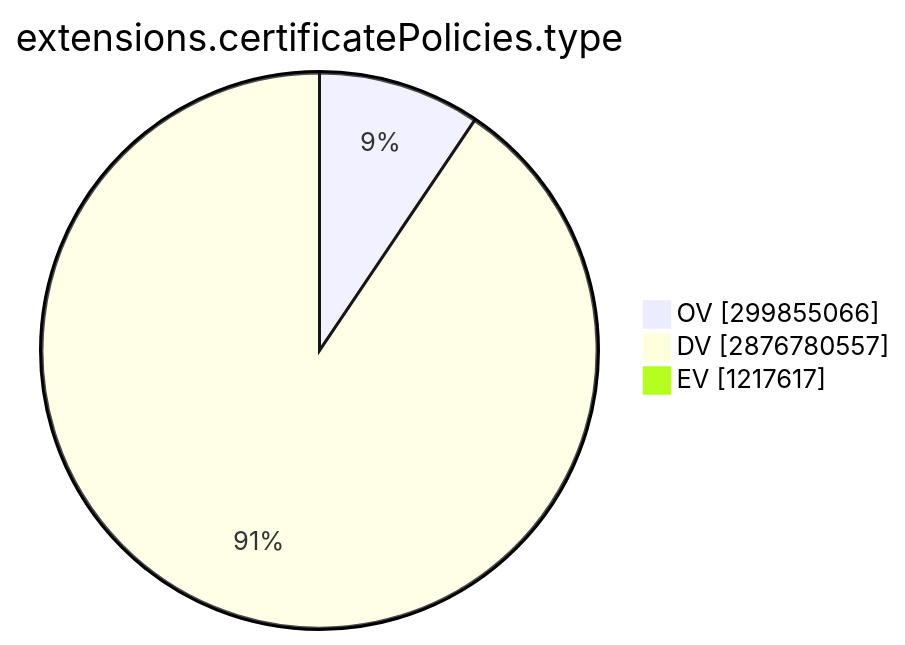
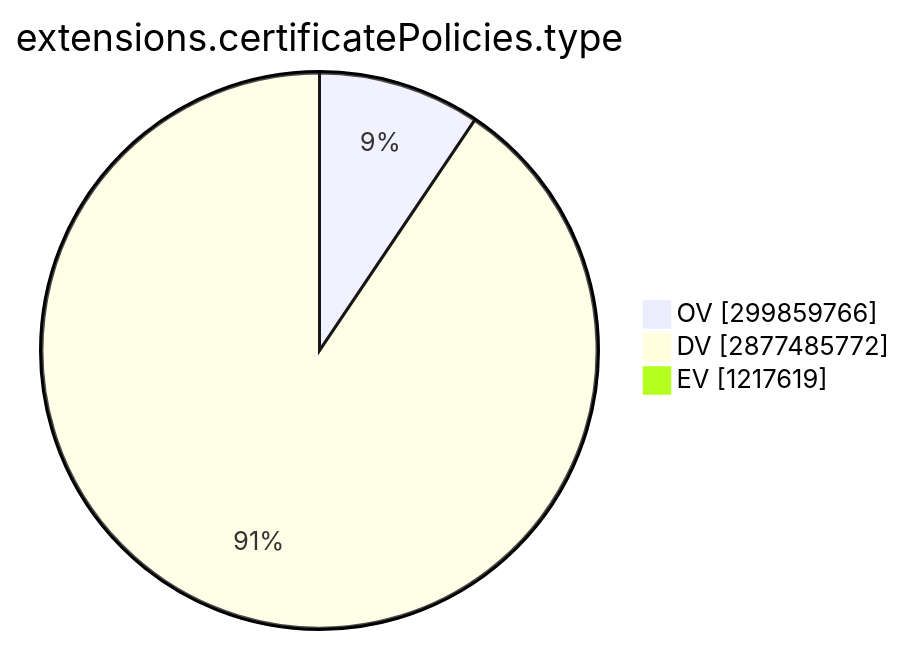
Before and after one commit to christiankrug/ctmonitor_visualization: the ninth of 15 diagrams in TOTAL/README.md, drawn with Mermaid. The commit also changed other lines of this file, not shown here.

````diff
--- a/TOTAL/README.md
+++ b/TOTAL/README.md
@@ -3101,7 +3101,7 @@
 ```mermaid
 pie showData
 title extensions.certificatePolicies.type
-"OV" :299855066
-"DV" :2876780557
-"EV" :1217617
+"OV" :299859766
+"DV" :2877485772
+"EV" :1217619
 ```
````
